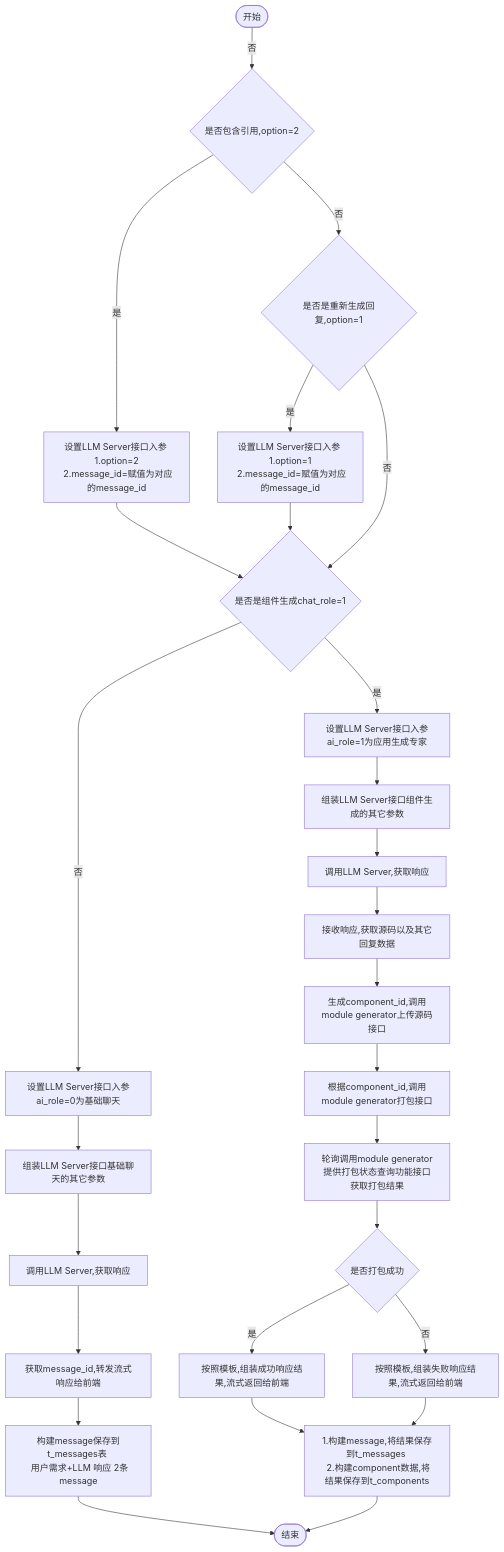
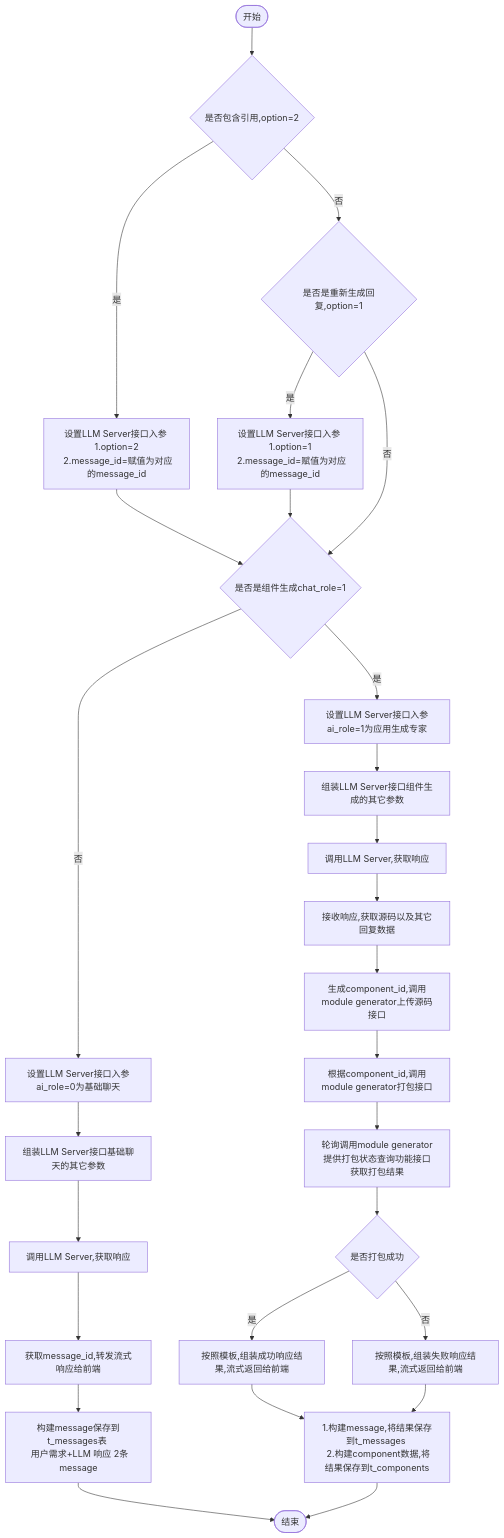
The diagram in all/w3-会话-不需要传递message.md (yingjianzh/iodraw-files), drawn with Mermaid before and after one commit.

Commit message:
2024-10-15 14:15:42 update

````diff
--- a/all/w3-会话-不需要传递message.md
+++ b/all/w3-会话-不需要传递message.md
@@ -1,33 +1,33 @@
 ```mermaid
 flowchart TD
-    A([开始]) -- 否 --> D{是否包含引用,option=2}
+    A([开始]) --> D{是否包含引用,option=2}
     D -- 是 --> E[设置LLM Server接口入参 \n 1.option=2 \n 2.message_id=赋值为对应的message_id]
     D -- 否 --> F{是否是重新生成回复,option=1}
     F -- 是 --> G[设置LLM Server接口入参 \n 1.option=1 \n 2.message_id=赋值为对应的message_id]
     F -- 否 --> I
      
     E & G --> I{是否是组件生成chat_role=1}
     I -- 否 --> K[设置LLM Server接口入参ai_role=0为基础聊天]
     I -- 是 --> J[设置LLM Server接口入参ai_role=1为应用生成专家]
     
 
     J --> L[组装LLM Server接口组件生成的其它参数]    
     K --> M[组装LLM Server接口基础聊天的其它参数]    
     M --> N[调用LLM Server,获取响应]    
     N --> O[获取message_id,转发流式响应给前端]
     O --> P[构建message保存到t_messages表 \n 用户需求+LLM 响应 2条message]
     P --> R([结束])
 
 
     L --> S[调用LLM Server,获取响应]
     S --> T[接收响应,获取源码以及其它回复数据]
     T --> U[生成component_id,调用module generator上传源码接口]
     U --> V[根据component_id,调用module generator打包接口]
     V --> W[轮询调用module generator提供打包状态查询功能接口获取打包结果]
     W --> X{是否打包成功}
     X -- 是 --> Y[按照模板,组装成功响应结果,流式返回给前端]
     X -- 否 --> Z[按照模板,组装失败响应结果,流式返回给前端]
 
     Y & Z --> Result[1.构建message,将结果保存到t_messages \n 2.构建component数据,将结果保存到t_components]
     Result --> R
 ```
````
